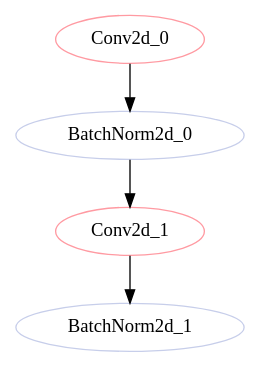
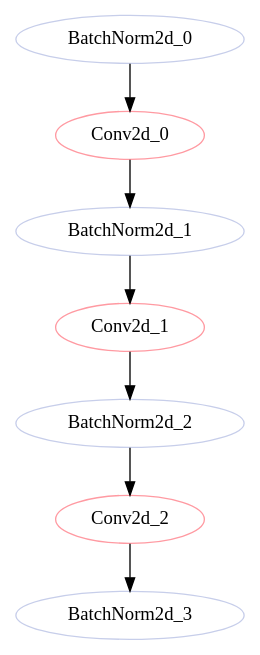
One commit to 11222-Meng/DNN_Bottlen_Layer_Analysis changed the diagram in dags/mobilenet_v2_memory_features_2_conv_1_0_op.dot. Above: the diagram before and after it, drawn with Graphviz. The commit also changed 135 other files, not shown here.

```diff
--- a/dags/mobilenet_v2_memory_features_2_conv_1_0_op.dot
+++ b/dags/mobilenet_v2_memory_features_2_conv_1_0_op.dot
@@ -1,21 +1,36 @@
 strict digraph "" {
+	BatchNorm2d_0	[color="#C7CEEA",
+		layer_name="features.1.conv.2",
+		params=32,
+		type=BatchNorm2d];
 	Conv2d_0	[color="#FF9AA2",
+		layer_name="features.2.conv.0.0",
+		params=1536,
+		type=Conv2d];
+	BatchNorm2d_0 -> Conv2d_0;
+	BatchNorm2d_1	[color="#C7CEEA",
+		layer_name="features.2.conv.0.1",
+		params=192,
+		type=BatchNorm2d];
+	Conv2d_0 -> BatchNorm2d_1;
+	Conv2d_1	[color="#FF9AA2",
 		layer_name="features.2.conv.1.0",
 		params=864,
 		type=Conv2d];
-	BatchNorm2d_0	[color="#C7CEEA",
+	BatchNorm2d_1 -> Conv2d_1;
+	BatchNorm2d_2	[color="#C7CEEA",
 		layer_name="features.2.conv.1.1",
 		params=192,
 		type=BatchNorm2d];
-	Conv2d_0 -> BatchNorm2d_0;
-	Conv2d_1	[color="#FF9AA2",
+	Conv2d_1 -> BatchNorm2d_2;
+	Conv2d_2	[color="#FF9AA2",
 		layer_name="features.2.conv.2",
 		params=2304,
 		type=Conv2d];
-	BatchNorm2d_0 -> Conv2d_1;
-	BatchNorm2d_1	[color="#C7CEEA",
+	BatchNorm2d_2 -> Conv2d_2;
+	BatchNorm2d_3	[color="#C7CEEA",
 		layer_name="features.2.conv.3",
 		params=48,
 		type=BatchNorm2d];
-	Conv2d_1 -> BatchNorm2d_1;
+	Conv2d_2 -> BatchNorm2d_3;
 }
```
